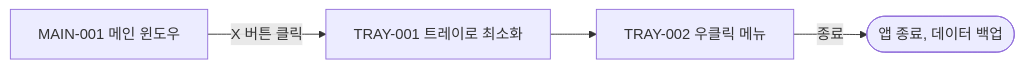
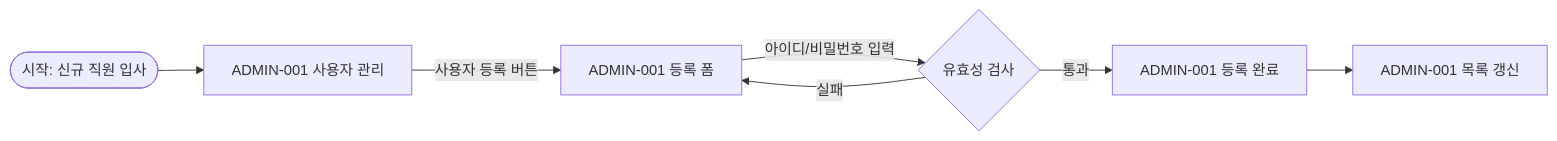
One commit to woongki-jung/Hackathon changed the fourth of 5 diagrams in docs/specs/screens/spec-screens.md. Above: the diagram before and after it, drawn with Mermaid. The commit also changed other lines of this file and 113 other files, not shown here.

````diff
--- a/docs/specs/screens/spec-screens.md
+++ b/docs/specs/screens/spec-screens.md
@@ -94,6 +114,9 @@
 ```mermaid
 flowchart LR
-    A[MAIN-001 메인 윈도우] -- X 버튼 클릭 --> B[TRAY-001 트레이로 최소화]
-    B --> C[TRAY-002 우클릭 메뉴]
-    C -- 종료 --> D([앱 종료, 데이터 백업])
+    A([시작: 신규 직원 입사]) --> B[ADMIN-001 사용자 관리]
+    B -->|사용자 등록 버튼| C[ADMIN-001 등록 폼]
+    C -->|아이디/비밀번호 입력| D{유효성 검사}
+    D -->|통과| E[ADMIN-001 등록 완료]
+    D -->|실패| C
+    E --> F[ADMIN-001 목록 갱신]
 ```
````
